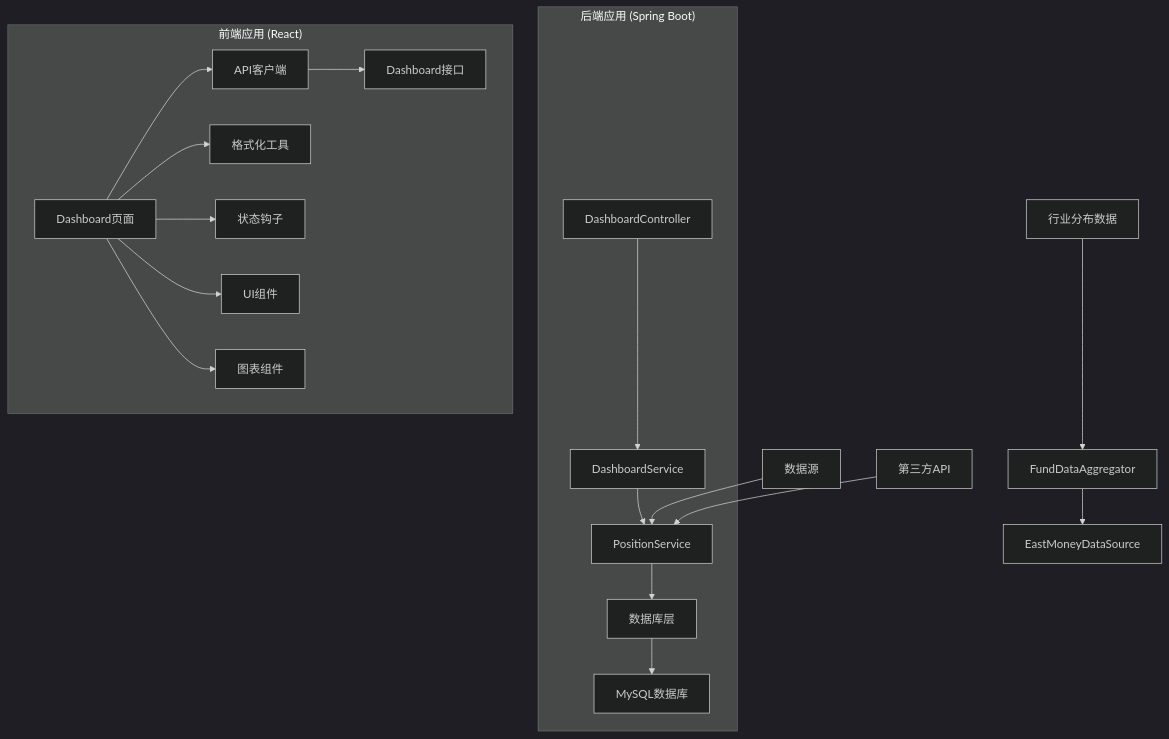
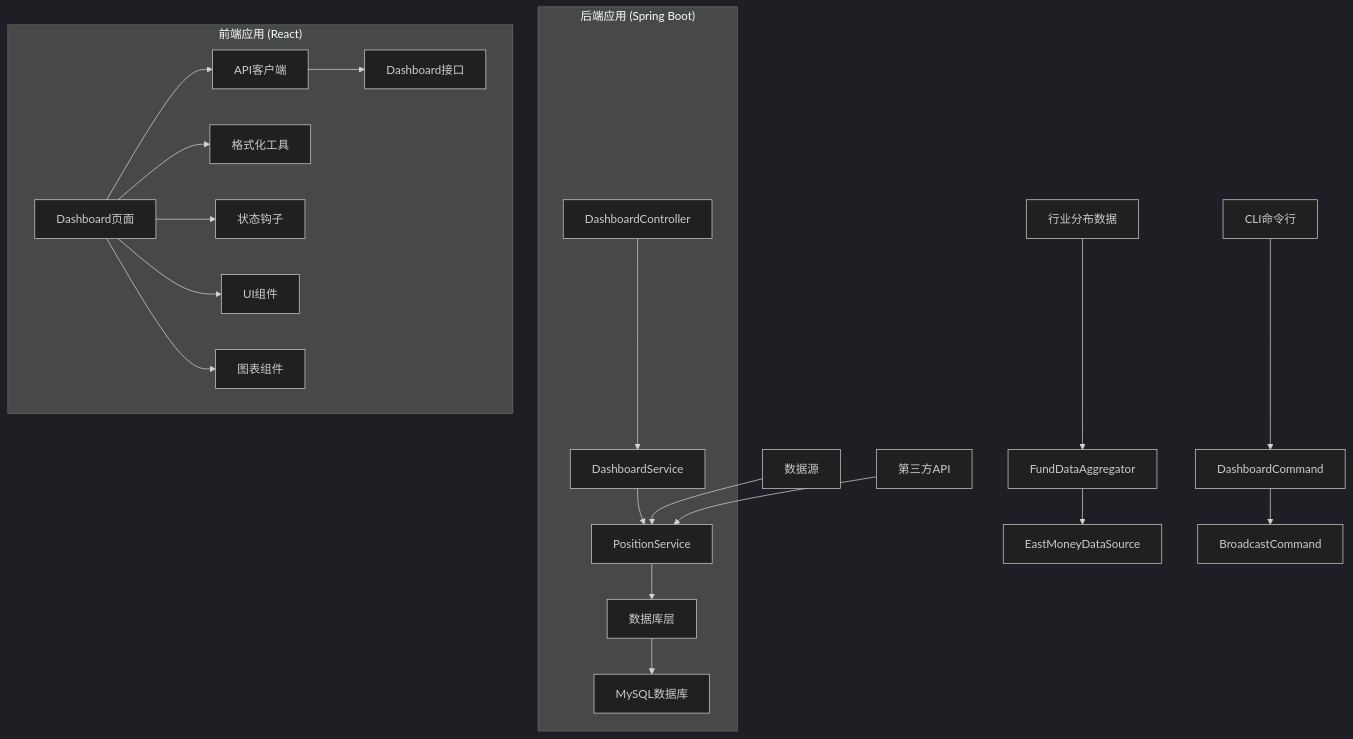
The first of 10 diagrams in .qoder/repowiki/zh/content/Dashboard Enhancement.md (gree-coder/fund-butler), drawn with Mermaid (dark theme) before and after one commit. The commit also changed other lines of this file and 13 other files, not shown here.

````diff
--- a/.qoder/repowiki/zh/content/Dashboard Enhancement.md
+++ b/.qoder/repowiki/zh/content/Dashboard Enhancement.md
@@ -58,21 +61,23 @@
 ```mermaid
 graph TB
 subgraph "后端应用 (Spring Boot)"
 A[DashboardController] --> B[DashboardService]
 B --> C[PositionService]
 C --> D[数据库层]
 D --> E[MySQL数据库]
 end
 subgraph "前端应用 (React)"
 F[Dashboard页面] --> G[API客户端]
 G --> H[Dashboard接口]
 F --> I[格式化工具]
 F --> J[状态钩子]
 F --> K[UI组件]
 F --> L[图表组件]
 end
 M[数据源] --> C
 N[第三方API] --> C
 O[行业分布数据] --> P[FundDataAggregator]
 P --> Q[EastMoneyDataSource]
+R[CLI命令行] --> S[DashboardCommand]
+S --> T[BroadcastCommand]
 ```
````
